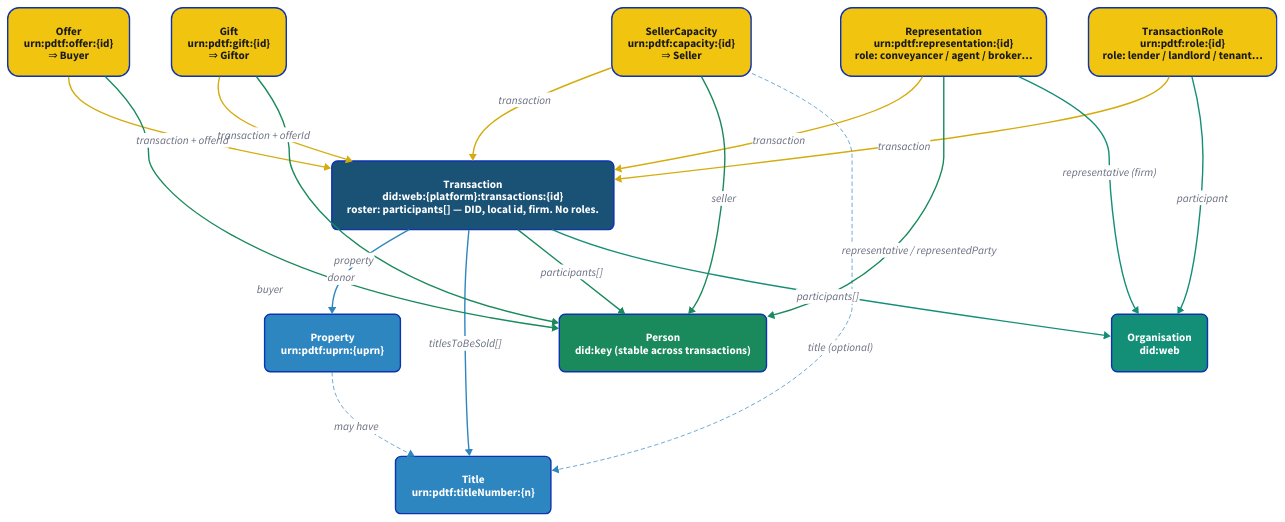
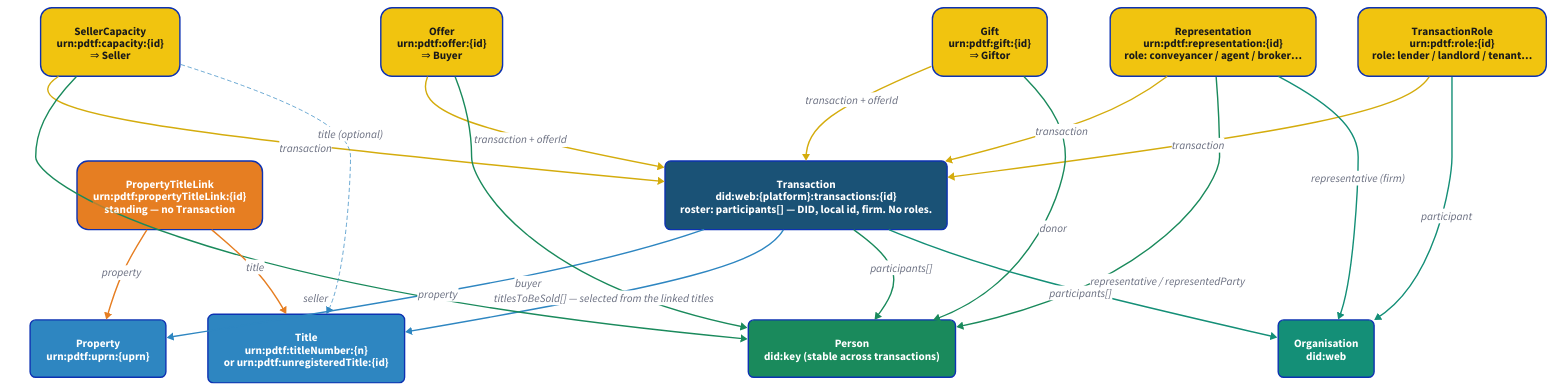
Before and after one commit to property-data-standards-co/web: the diagram in public/diagrams/entity-graph.d2, drawn with D2. The commit also changed 11 other files, not shown here.

First line of the commit message:
Sync spec copies from spec PR 2 (D34 Property–Title link)

```diff
--- a/public/diagrams/entity-graph.d2
+++ b/public/diagrams/entity-graph.d2
@@ -1,142 +1,155 @@
 direction: down
 
 # Styling
 *.style.border-radius: 8
 *.style.font-size: 16
 
 # Data entities (blue)
 transaction: "Transaction\ndid:web:{platform}:transactions:{id}\nroster: participants[] — DID, local id, firm. No roles." {
   style.fill: "#1a5276"
   style.font-color: "#ffffff"
 }
 
 property: "Property\nurn:pdtf:uprn:{uprn}" {
   style.fill: "#2e86c1"
   style.font-color: "#ffffff"
 }
 
-title: "Title\nurn:pdtf:titleNumber:{n}" {
+title: "Title\nurn:pdtf:titleNumber:{n}\nor urn:pdtf:unregisteredTitle:{id}" {
   style.fill: "#2e86c1"
   style.font-color: "#ffffff"
 }
 
 # Identity (green) — Person and Organisation
 person: "Person\ndid:key (stable across transactions)" {
   style.fill: "#1a8a5c"
   style.font-color: "#ffffff"
 }
 
 organisation: "Organisation\ndid:web" {
   style.fill: "#148f77"
   style.font-color: "#ffffff"
 }
 
 # Relationship credentials (gold, rounded). Each embodies a role and
 # references the Transaction. Role is stored nowhere else.
 sellerCapacity: "SellerCapacity\nurn:pdtf:capacity:{id}\n⇒ Seller" {
   style.fill: "#f1c40f"
   style.font-color: "#1a1a1a"
   style.border-radius: 16
 }
 
 offer: "Offer\nurn:pdtf:offer:{id}\n⇒ Buyer" {
   style.fill: "#f1c40f"
   style.font-color: "#1a1a1a"
   style.border-radius: 16
 }
 
 gift: "Gift\nurn:pdtf:gift:{id}\n⇒ Giftor" {
   style.fill: "#f1c40f"
   style.font-color: "#1a1a1a"
   style.border-radius: 16
 }
 
 representation: "Representation\nurn:pdtf:representation:{id}\nrole: conveyancer / agent / broker…" {
   style.fill: "#f1c40f"
   style.font-color: "#1a1a1a"
   style.border-radius: 16
 }
 
 transactionRole: "TransactionRole\nurn:pdtf:role:{id}\nrole: lender / landlord / tenant…" {
   style.fill: "#f1c40f"
   style.font-color: "#1a1a1a"
   style.border-radius: 16
 }
 
+# Standing link (orange, rounded). Relates a property to a title whether or
+# not either is being sold, so it references no Transaction (D34). HMLR issues
+# it for a registered title; the seller's conveyancer, on the epitome, for
+# unregistered land.
+propertyTitleLink: "PropertyTitleLink\nurn:pdtf:propertyTitleLink:{id}\nstanding — no Transaction" {
+  style.fill: "#e67e22"
+  style.font-color: "#ffffff"
+  style.border-radius: 16
+}
+
 # Transaction → data entities
 transaction -> property: "property" {
   style.stroke: "#2e86c1"
   style.stroke-width: 2
 }
-transaction -> title: "titlesToBeSold[]" {
+transaction -> title: "titlesToBeSold[] — selected from the linked titles" {
   style.stroke: "#2e86c1"
   style.stroke-width: 2
 }
 transaction -> person: "participants[]" {
   style.stroke: "#1a8a5c"
   style.stroke-width: 2
 }
 transaction -> organisation: "participants[]" {
   style.stroke: "#148f77"
   style.stroke-width: 2
 }
 
 # Relationship credentials → Transaction
 sellerCapacity -> transaction: "transaction" {
   style.stroke: "#d4ac0d"
   style.stroke-width: 2
 }
 offer -> transaction: "transaction + offerId" {
   style.stroke: "#d4ac0d"
   style.stroke-width: 2
 }
 gift -> transaction: "transaction + offerId" {
   style.stroke: "#d4ac0d"
   style.stroke-width: 2
 }
 representation -> transaction: "transaction" {
   style.stroke: "#d4ac0d"
   style.stroke-width: 2
 }
 transactionRole -> transaction: "transaction" {
   style.stroke: "#d4ac0d"
   style.stroke-width: 2
 }
 
 # Relationship credentials → the parties they name
 sellerCapacity -> person: "seller" {
   style.stroke: "#1a8a5c"
   style.stroke-width: 2
 }
 sellerCapacity -> title: "title (optional)" {
   style.stroke: "#2e86c1"
   style.stroke-width: 1
   style.stroke-dash: 5
 }
 offer -> person: "buyer" {
   style.stroke: "#1a8a5c"
   style.stroke-width: 2
 }
 gift -> person: "donor" {
   style.stroke: "#1a8a5c"
   style.stroke-width: 2
 }
 representation -> person: "representative / representedParty" {
   style.stroke: "#1a8a5c"
   style.stroke-width: 2
 }
 representation -> organisation: "representative (firm)" {
   style.stroke: "#148f77"
   style.stroke-width: 2
 }
 transactionRole -> organisation: "participant" {
   style.stroke: "#148f77"
   style.stroke-width: 2
 }
 
-# Property ↔ Title (optional link)
-property -> title: "may have" {
-  style.stroke: "#2e86c1"
-  style.stroke-width: 1
-  style.stroke-dash: 5
+# Property ↔ Title: many-to-many, through the standing link
+propertyTitleLink -> property: "property" {
+  style.stroke: "#e67e22"
+  style.stroke-width: 2
 }
+propertyTitleLink -> title: "title" {
+  style.stroke: "#e67e22"
+  style.stroke-width: 2
+}
```
